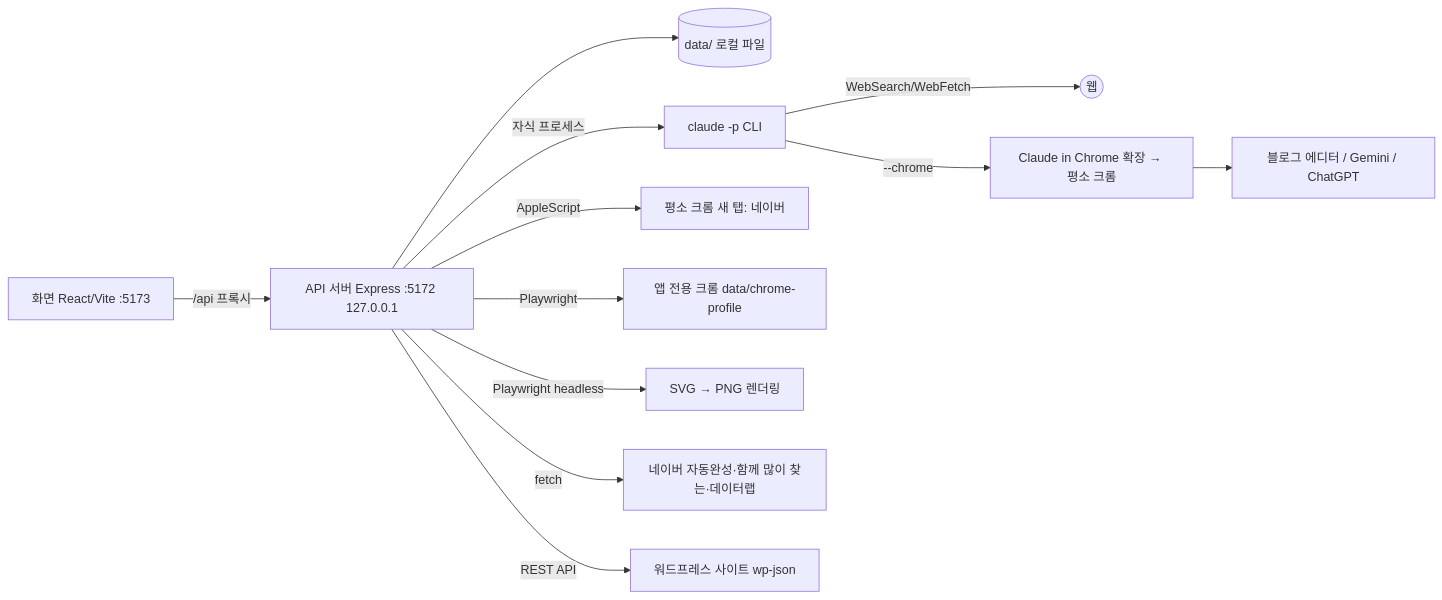
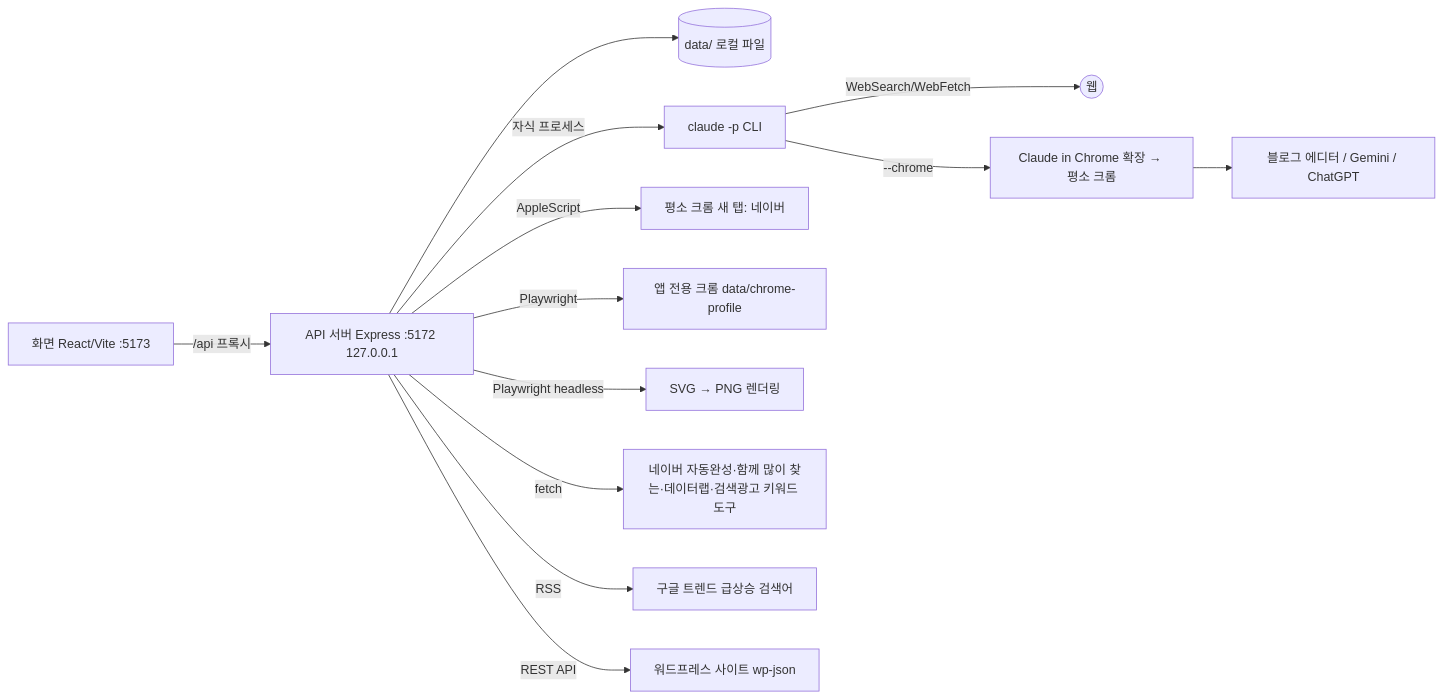
Before and after one commit to beekei-god/blog-writer: the diagram in vault/wiki/_system/overview.md, drawn with Mermaid. The commit also changed other lines of this file and 79 other files, not shown here.

````diff
--- a/vault/wiki/_system/overview.md
+++ b/vault/wiki/_system/overview.md
@@ -21,14 +23,15 @@
 ```mermaid
 flowchart LR
   web[화면 React/Vite :5173] -->|/api 프록시| server[API 서버 Express :5172 127.0.0.1]
   server --> data[(data/ 로컬 파일)]
   server -->|자식 프로세스| cli[claude -p CLI]
   cli -->|WebSearch/WebFetch| internet((웹))
   cli -->|--chrome| ext[Claude in Chrome 확장 → 평소 크롬]
   ext --> blogs[블로그 에디터 / Gemini / ChatGPT]
   server -->|AppleScript| userchrome[평소 크롬 새 탭: 네이버]
   server -->|Playwright| appchrome[앱 전용 크롬 data/chrome-profile]
   server -->|Playwright headless| svg[SVG → PNG 렌더링]
-  server -->|fetch| naver[네이버 자동완성·함께 많이 찾는·데이터랩]
+  server -->|fetch| naver[네이버 자동완성·함께 많이 찾는·데이터랩·검색광고 키워드 도구]
+  server -->|RSS| gtrends[구글 트렌드 급상승 검색어]
   server -->|REST API| wp[워드프레스 사이트 wp-json]
 ```
````
